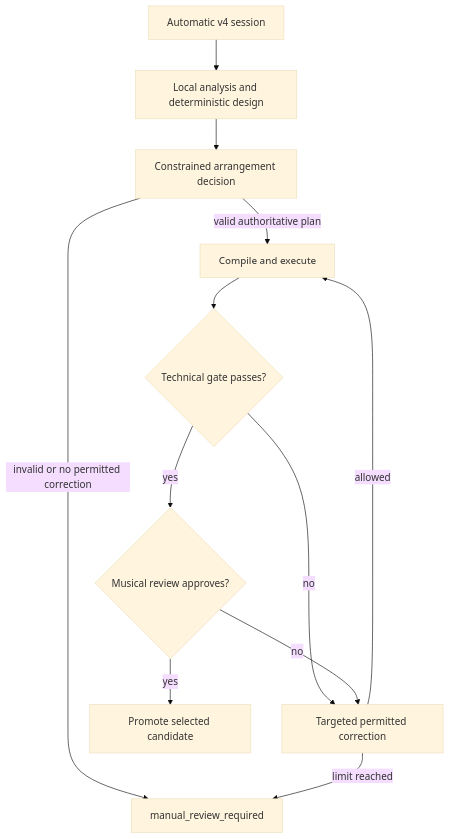
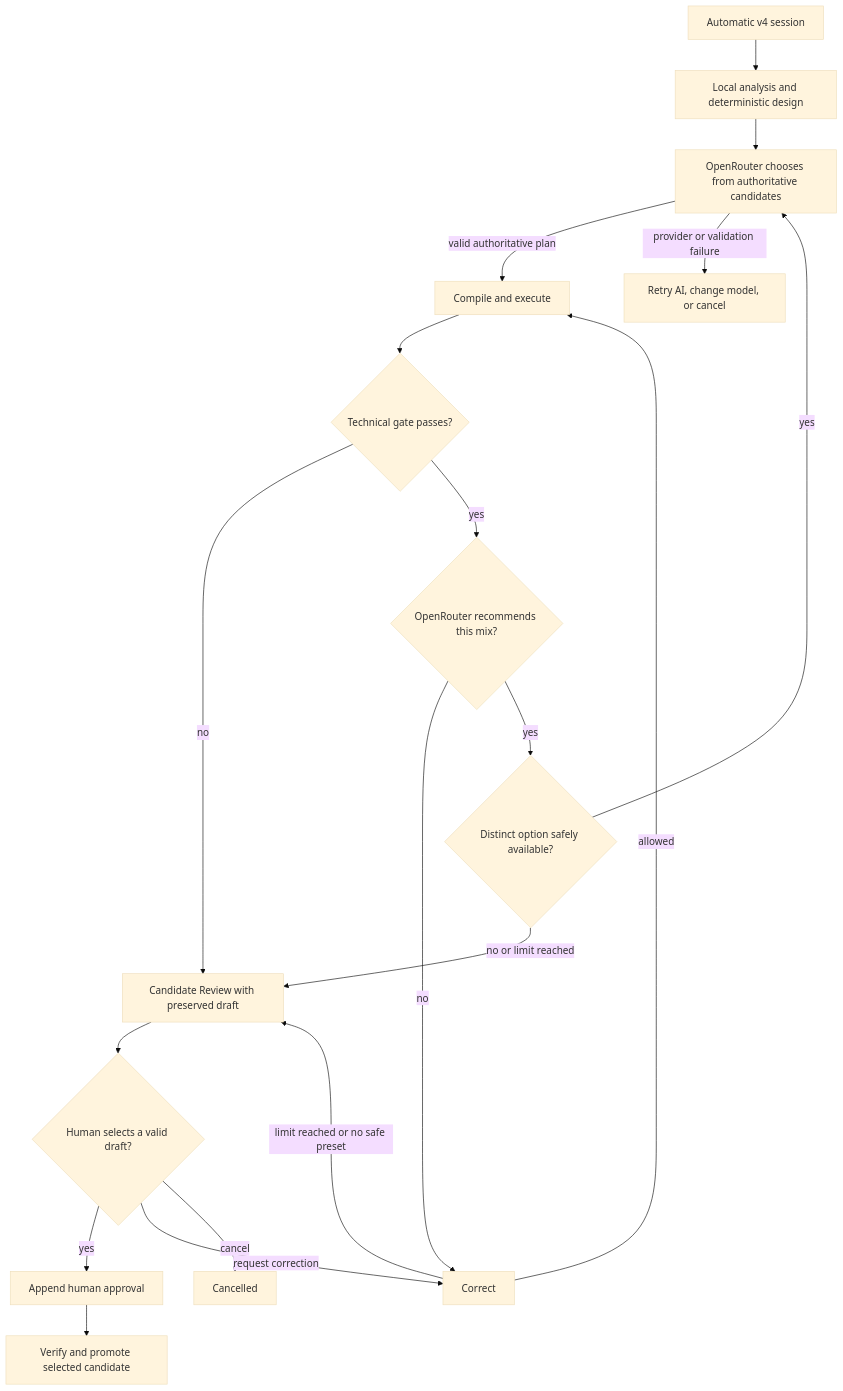
The diagram in docs/architecture/diagrams/decision-process.mmd (aiandbotsgalore/ai-medley), drawn with Mermaid (base theme) before and after one commit. The commit also changed 39 other files, not shown here.

```diff
--- a/docs/architecture/diagrams/decision-process.mmd
+++ b/docs/architecture/diagrams/decision-process.mmd
@@ -1,12 +1,19 @@
 flowchart TD
   Start[Automatic v4 session] --> Local[Local analysis and deterministic design]
-  Local --> Arrangement[Constrained arrangement decision]
+  Local --> Arrangement[OpenRouter chooses from authoritative candidates]
   Arrangement -->|valid authoritative plan| Compile[Compile and execute]
-  Arrangement -->|invalid or no permitted correction| Manual[manual_review_required]
+  Arrangement -->|provider or validation failure| Choice[Retry AI, change model, or cancel]
   Compile --> Technical{Technical gate passes?}
-  Technical -->|no| Correct[Targeted permitted correction]
-  Technical -->|yes| Musical{Musical review approves?}
+  Technical -->|no| Review[Candidate Review with preserved draft]
+  Technical -->|yes| Musical{OpenRouter recommends this mix?}
   Musical -->|no| Correct
-  Musical -->|yes| Promote[Promote selected candidate]
-  Correct -->|limit reached| Manual
+  Musical -->|yes| Options{Distinct option safely available?}
+  Options -->|yes| Arrangement
+  Options -->|no or limit reached| Review
+  Correct -->|limit reached or no safe preset| Review
   Correct -->|allowed| Compile
+  Review --> Human{Human selects a valid draft?}
+  Human -->|yes| Approve[Append human approval]
+  Human -->|request correction| Correct
+  Human -->|cancel| Cancelled[Cancelled]
+  Approve --> Promote[Verify and promote selected candidate]
```
